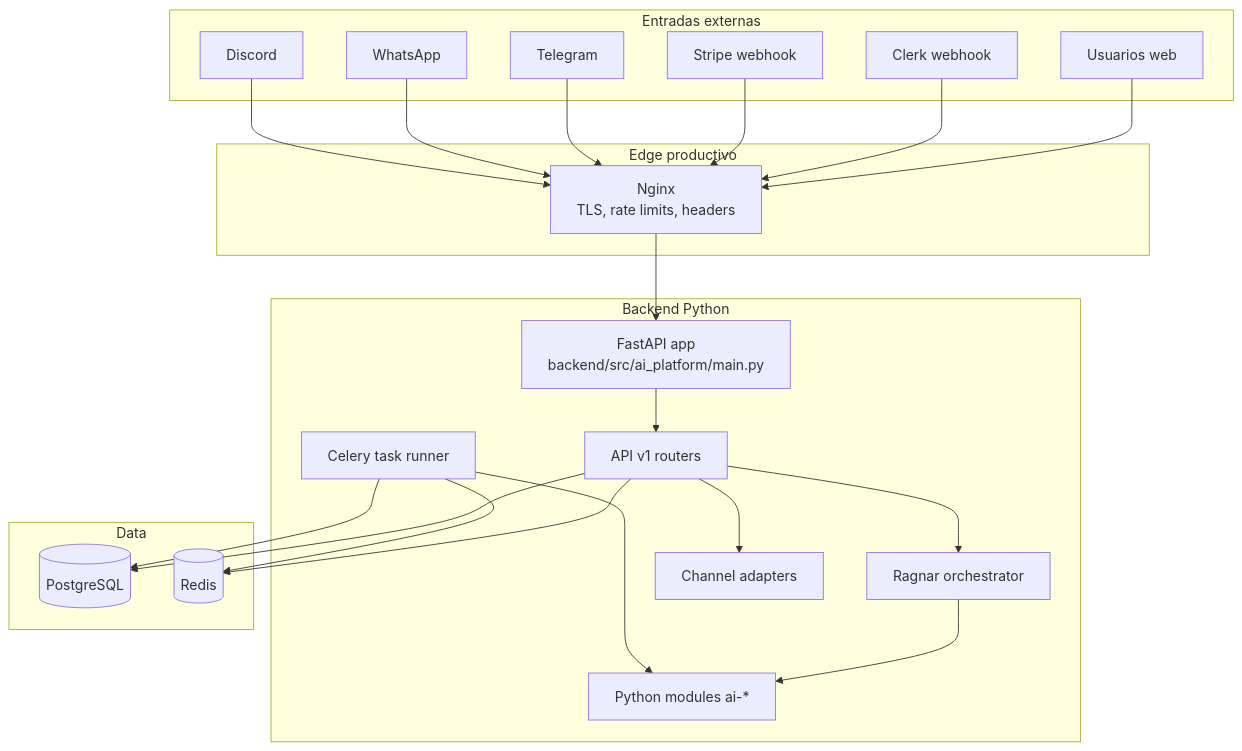
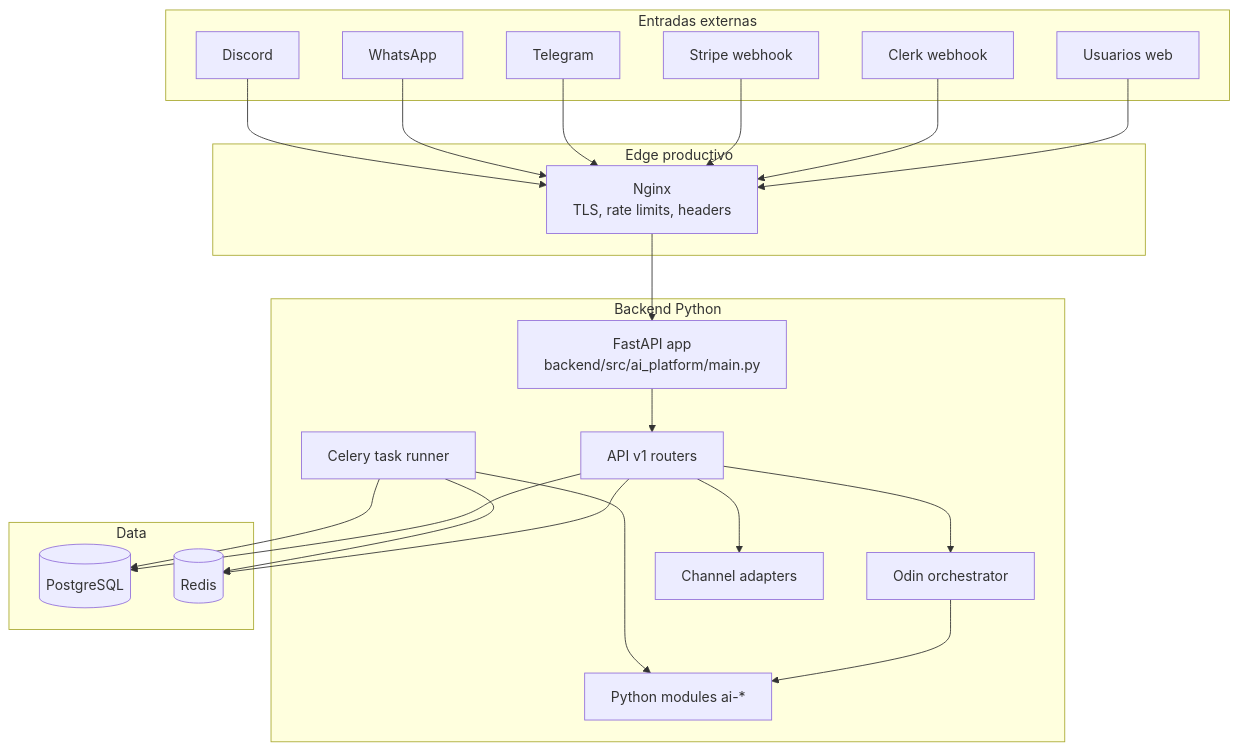
The first of 3 diagrams in docs/diagrams/fase-1-structure.md (Jemadiar1/ai-platform), drawn with Mermaid before and after one commit. The commit also changed other lines of this file and 35 other files, not shown here.

````diff
--- a/docs/diagrams/fase-1-structure.md
+++ b/docs/diagrams/fase-1-structure.md
@@ -7,46 +7,46 @@
 ```mermaid
 flowchart TD
     subgraph External[Entradas externas]
         USER[Usuarios web]
         CLERK[Clerk webhook]
         STRIPE[Stripe webhook]
         TG[Telegram]
         WA[WhatsApp]
         DC[Discord]
     end
 
     subgraph Edge[Edge productivo]
         NGINX[Nginx<br/>TLS, rate limits, headers]
     end
 
     subgraph Backend[Backend Python]
         FASTAPI[FastAPI app<br/>backend/src/ai_platform/main.py]
         API[API v1 routers]
-        RAGNAR[Ragnar orchestrator]
+        Odin[Odin orchestrator]
         CHANNELS[Channel adapters]
         MODULES[Python modules ai-*]
         CELERY[Celery task runner]
     end
 
     subgraph Data[Data]
         PG[(PostgreSQL)]
         REDIS[(Redis)]
     end
 
     USER --> NGINX
     CLERK --> NGINX
     STRIPE --> NGINX
     TG --> NGINX
     WA --> NGINX
     DC --> NGINX
     NGINX --> FASTAPI
     FASTAPI --> API
-    API --> RAGNAR
+    API --> Odin
     API --> CHANNELS
-    RAGNAR --> MODULES
+    Odin --> MODULES
     API --> PG
     API --> REDIS
     CELERY --> MODULES
     CELERY --> PG
     CELERY --> REDIS
 ```
````
